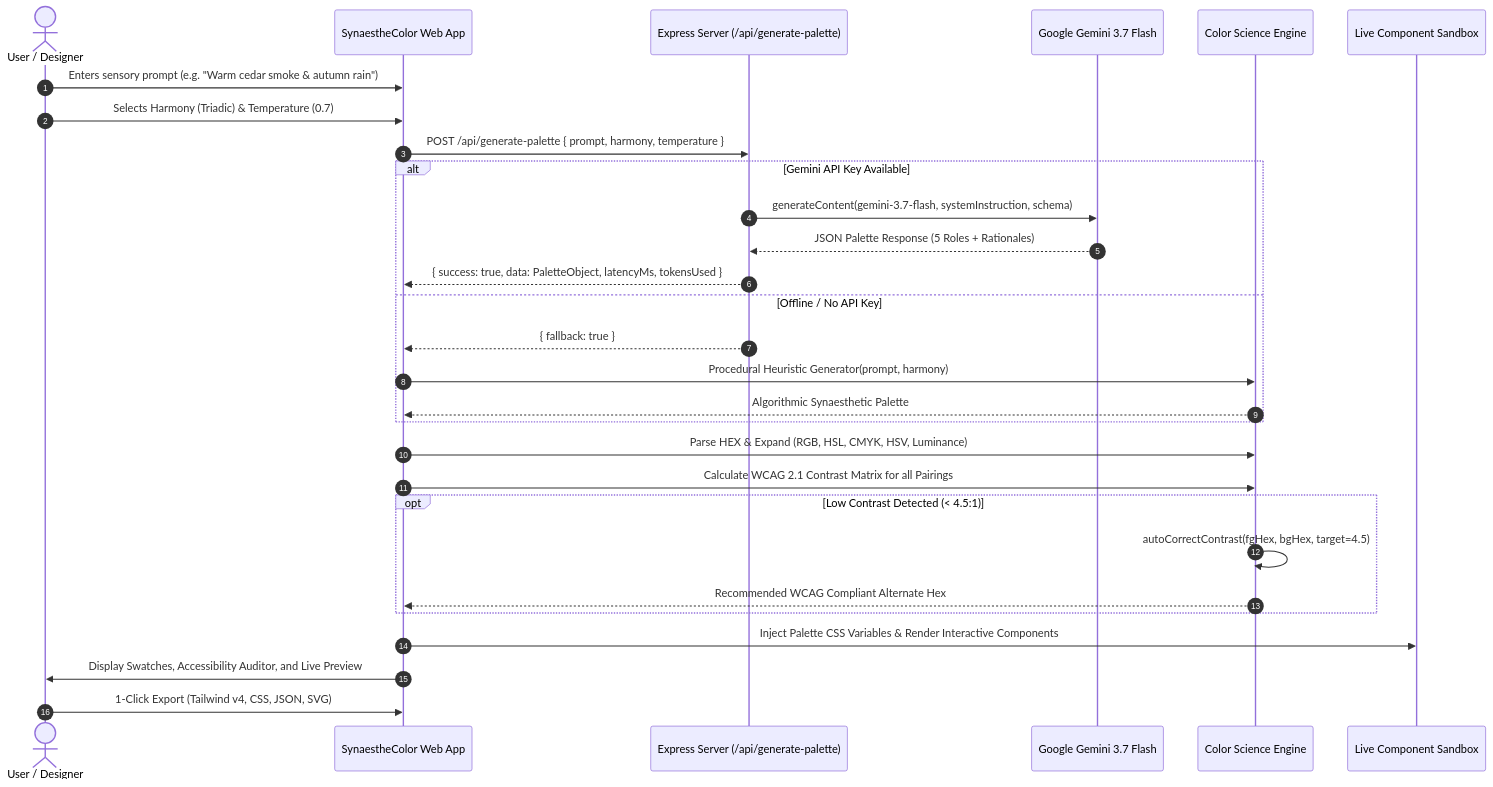
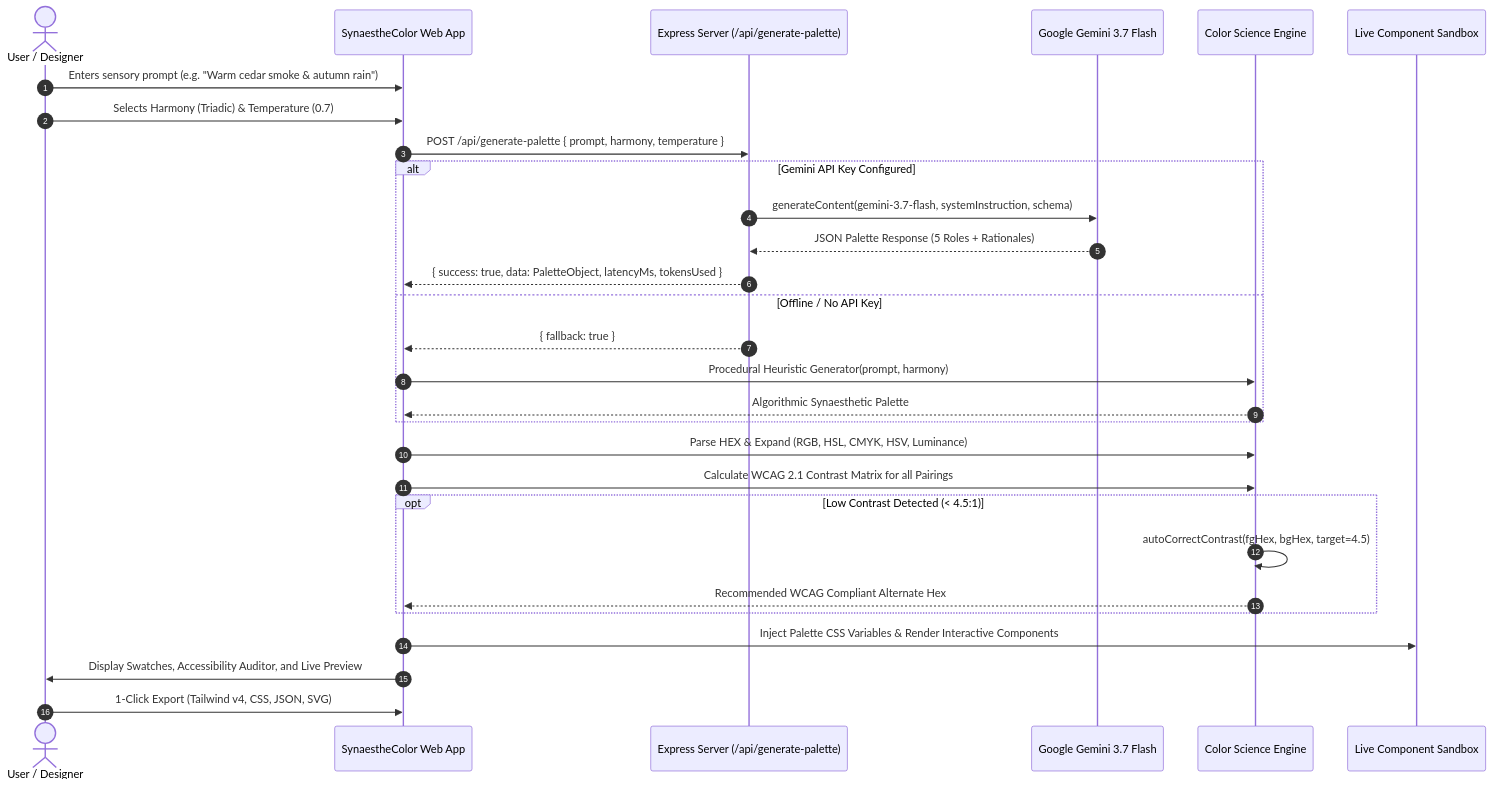
Before and after one commit to sepas1609/SynaestheColor: the second of 2 diagrams in README.md, drawn with Mermaid. The commit also changed other lines of this file and 1 other file, not shown here.

````diff
--- a/README.md
+++ b/README.md
@@ -141,36 +178,36 @@
 ```mermaid
 sequenceDiagram
     autonumber
     actor User as User / Designer
     participant Client as SynaestheColor Web App
     participant Server as Express Server (/api/generate-palette)
     participant Gemini as Google Gemini 3.7 Flash
     participant ColorSci as Color Science Engine
     participant Sandbox as Live Component Sandbox
 
     User->>Client: Enters sensory prompt (e.g. "Warm cedar smoke & autumn rain")
     User->>Client: Selects Harmony (Triadic) & Temperature (0.7)
     Client->>Server: POST /api/generate-palette { prompt, harmony, temperature }
     
-    alt Gemini API Key Available
+    alt Gemini API Key Configured
         Server->>Gemini: generateContent(gemini-3.7-flash, systemInstruction, schema)
         Gemini-->>Server: JSON Palette Response (5 Roles + Rationales)
         Server-->>Client: { success: true, data: PaletteObject, latencyMs, tokensUsed }
     else Offline / No API Key
         Server-->>Client: { fallback: true }
         Client->>ColorSci: Procedural Heuristic Generator(prompt, harmony)
         ColorSci-->>Client: Algorithmic Synaesthetic Palette
     end
 
     Client->>ColorSci: Parse HEX & Expand (RGB, HSL, CMYK, HSV, Luminance)
     Client->>ColorSci: Calculate WCAG 2.1 Contrast Matrix for all Pairings
     
     opt Low Contrast Detected (< 4.5:1)
         ColorSci->>ColorSci: autoCorrectContrast(fgHex, bgHex, target=4.5)
         ColorSci-->>Client: Recommended WCAG Compliant Alternate Hex
     end
 
     Client->>Sandbox: Inject Palette CSS Variables & Render Interactive Components
     Client->>User: Display Swatches, Accessibility Auditor, and Live Preview
     User->>Client: 1-Click Export (Tailwind v4, CSS, JSON, SVG)
 ```
````
